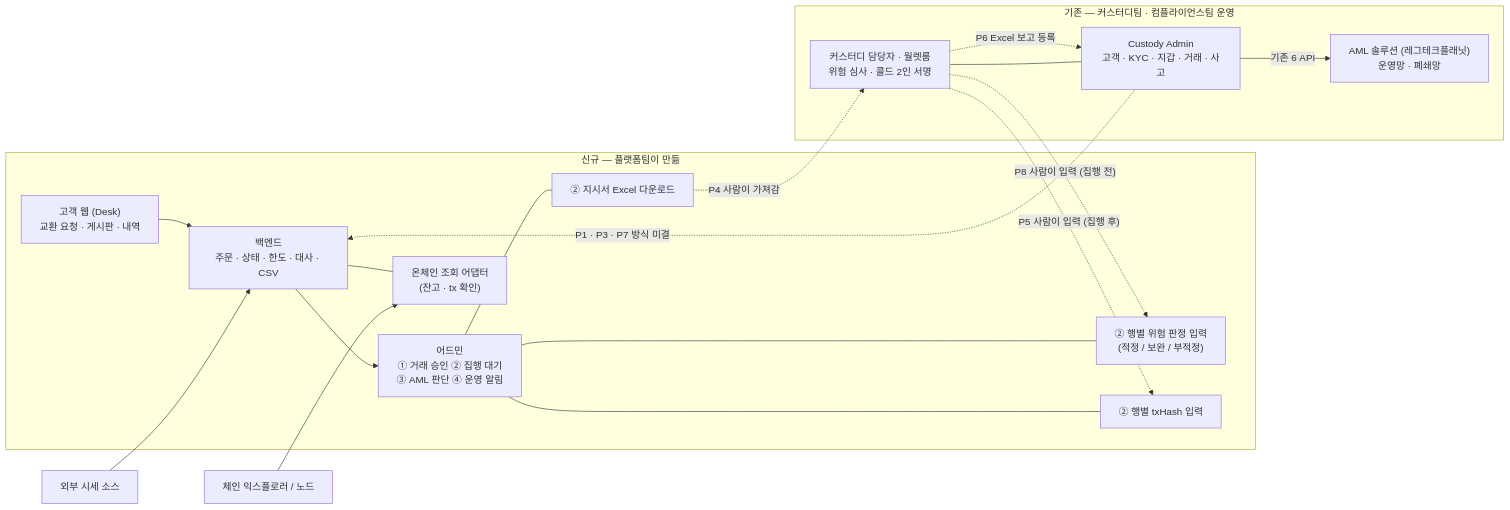
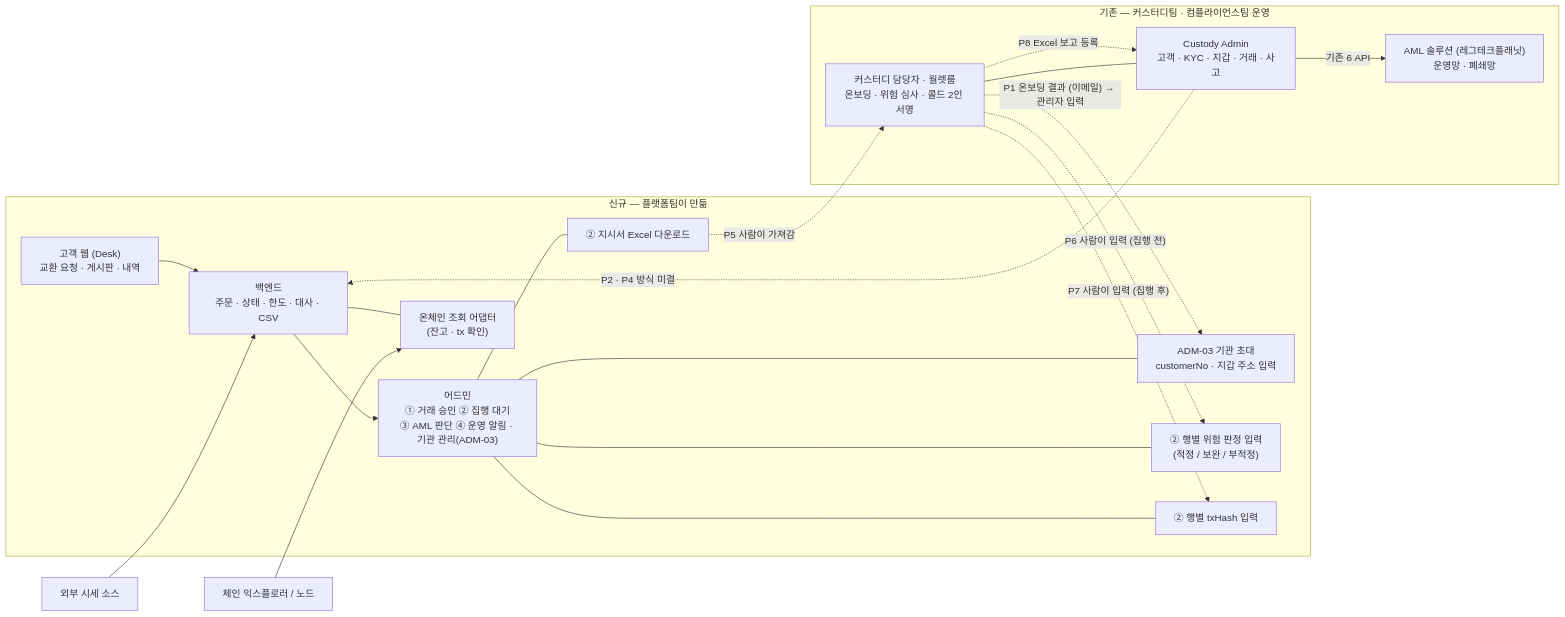
The second of 8 diagrams in drafts/36_플랫폼_커스터디_연동_범위_설명자료.md (dsrvlabs/dsrv-desk), drawn with Mermaid before and after one commit. The commit also changed other lines of this file and 7 other files, not shown here.

First line of the commit message:
커스터디 연동 방식 확정 반영 — 기관 등록(customerNo·수탁 지갑 주소) 초대 시 입력 · 식별자 customerNo 일원화 · 사고·차단 전달 삭제 · KYC 조회 시점 다이어그램 (2026-09-07(21))

````diff
--- a/drafts/36_플랫폼_커스터디_연동_범위_설명자료.md
+++ b/drafts/36_플랫폼_커스터디_연동_범위_설명자료.md
@@ -70,31 +71,34 @@
 ```mermaid
 flowchart LR
   subgraph NEW["신규 — 플랫폼팀이 만듦"]
     DESK["고객 웹 (Desk)<br/>교환 요청 · 게시판 · 내역"]
-    ADM["어드민<br/>① 거래 승인 ② 집행 대기<br/>③ AML 판단 ④ 운영 알림"]
+    ADM["어드민<br/>① 거래 승인 ② 집행 대기<br/>③ AML 판단 ④ 운영 알림 · 기관 관리(ADM-03)"]
     CORE["백엔드<br/>주문 · 상태 · 한도 · 대사 · CSV"]
+    INV["ADM-03 기관 초대<br/>customerNo · 지갑 주소 입력"]
     XLS["② 지시서 Excel 다운로드"]
     RSK["② 행별 위험 판정 입력<br/>(적정 / 보완 / 부적정)"]
     TXI["② 행별 txHash 입력"]
     CHAIN["온체인 조회 어댑터<br/>(잔고 · tx 확인)"]
     DESK --> CORE --> ADM
+    ADM --- INV
     ADM --- XLS
     ADM --- RSK
     ADM --- TXI
     CORE --- CHAIN
   end
   subgraph ASIS["기존 — 커스터디팀 · 컴플라이언스팀 운영"]
     CADM["Custody Admin<br/>고객 · KYC · 지갑 · 거래 · 사고"]
-    WR["커스터디 담당자 · 월렛룸<br/>위험 심사 · 콜드 2인 서명"]
+    WR["커스터디 담당자 · 월렛룸<br/>온보딩 · 위험 심사 · 콜드 2인 서명"]
     AML["AML 솔루션 (레그테크플래닛)<br/>운영망 · 폐쇄망"]
     CADM -->|"기존 6 API"| AML
     CADM --- WR
   end
   EXP["체인 익스플로러 / 노드"] --> CHAIN
   PRICE["외부 시세 소스"] --> CORE
-  XLS -.->|"P4 사람이 가져감"| WR
-  WR -.->|"P8 사람이 입력 (집행 전)"| RSK
-  WR -.->|"P5 사람이 입력 (집행 후)"| TXI
-  WR -.->|"P6 Excel 보고 등록"| CADM
-  CADM -.->|"P1 · P3 · P7 방식 미결"| CORE
+  WR -.->|"P1 온보딩 결과 (이메일) → 관리자 입력"| INV
+  XLS -.->|"P5 사람이 가져감"| WR
+  WR -.->|"P6 사람이 입력 (집행 전)"| RSK
+  WR -.->|"P7 사람이 입력 (집행 후)"| TXI
+  WR -.->|"P8 Excel 보고 등록"| CADM
+  CADM -.->|"P2 · P4 방식 미결"| CORE
 ```
````
